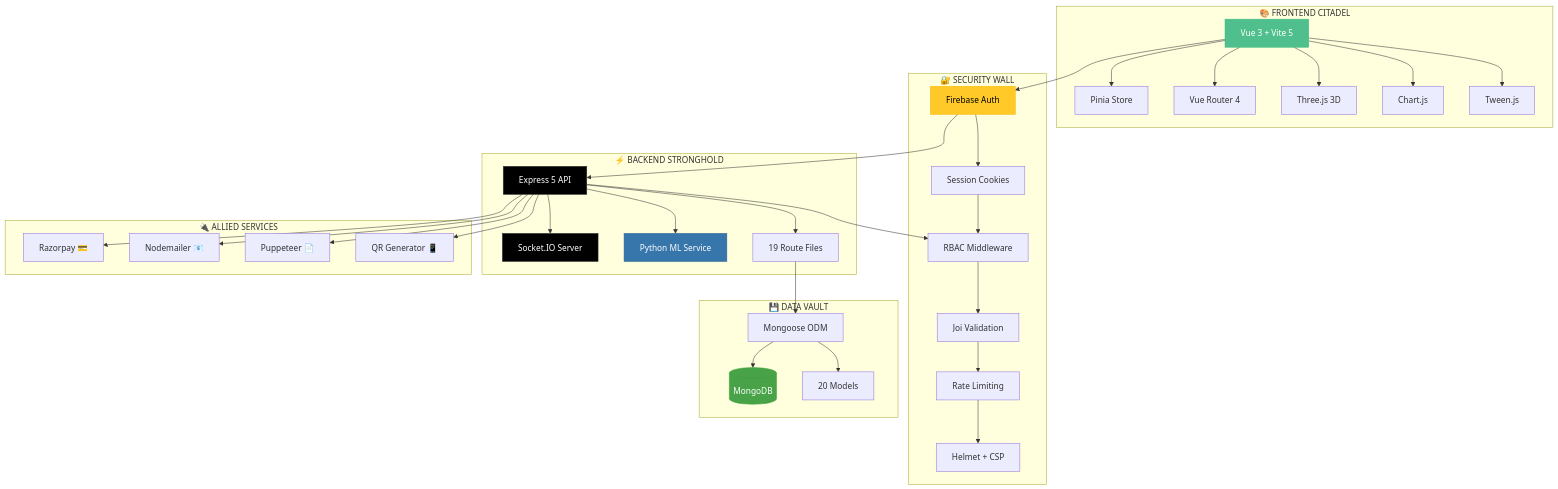
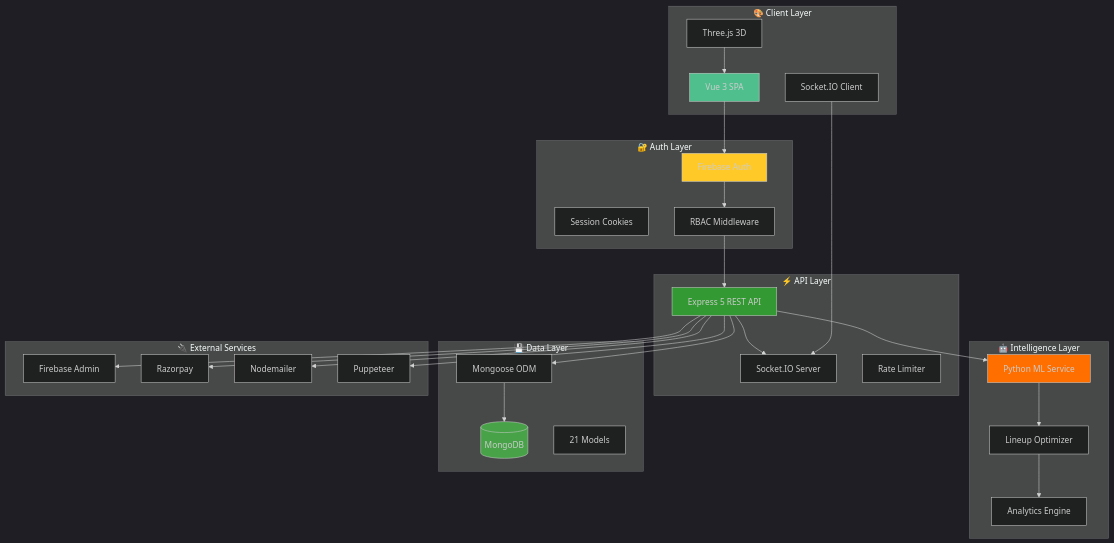
One commit to jamesvarghese7/Crickarena changed the second of 16 diagrams in README.md. Above: the diagram before and after it, drawn with Mermaid. The commit also changed other lines of this file, not shown here.

````diff
--- a/README.md
+++ b/README.md
@@ -1003,52 +355,62 @@
 ```mermaid
+%%{init: {'theme':'dark'}}%%
 graph TB
-    subgraph "🎨 FRONTEND CITADEL"
-        V[Vue 3 + Vite 5] --> P[Pinia Store]
-        V --> VR[Vue Router 4]
-        V --> TJ[Three.js 3D]
-        V --> CJ[Chart.js]
-        V --> TW[Tween.js]
+    subgraph "🎨 Client Layer"
+        A[Vue 3 SPA]
+        B[Three.js 3D]
+        C[Socket.IO Client]
     end
-
-    subgraph "🔐 SECURITY WALL"
-        FA[Firebase Auth] --> SC[Session Cookies]
-        SC --> RBAC[RBAC Middleware]
-        RBAC --> VAL[Joi Validation]
-        VAL --> RL[Rate Limiting]
-        RL --> HEL[Helmet + CSP]
+    
+    subgraph "🔐 Auth Layer"
+        D[Firebase Auth]
+        E[Session Cookies]
+        F[RBAC Middleware]
     end
-
-    subgraph "⚡ BACKEND STRONGHOLD"
-        EX[Express 5 API] --> SIO[Socket.IO Server]
-        EX --> ML[Python ML Service]
-        EX --> R19[19 Route Files]
+    
+    subgraph "⚡ API Layer"
+        G[Express 5 REST API]
+        H[Socket.IO Server]
+        I[Rate Limiter]
     end
-
-    subgraph "💾 DATA VAULT"
-        MG[Mongoose ODM] --> MDB[(MongoDB)]
-        MG --> M20[20 Models]
+    
+    subgraph "🤖 Intelligence Layer"
+        J[Python ML Service]
+        K[Lineup Optimizer]
+        L[Analytics Engine]
     end
-
-    subgraph "🔌 ALLIED SERVICES"
-        RP[Razorpay 💳]
-        NM[Nodemailer 📧]
-        PP[Puppeteer 📄]
-        QR[QR Generator 📱]
+    
+    subgraph "💾 Data Layer"
+        M[(MongoDB)]
+        N[Mongoose ODM]
+        O[21 Models]
     end
-
-    V --> FA
-    FA --> EX
-    EX --> RBAC
-    R19 --> MG
-    EX --> RP
-    EX --> NM
-    EX --> PP
-    EX --> QR
-
-    style V fill:#4FC08D,stroke:#42b883,color:#fff
-    style EX fill:#000000,stroke:#333,color:#fff
-    style MDB fill:#47A248,stroke:#3FA037,color:#fff
-    style FA fill:#FFCA28,stroke:#F5B800,color:#000
-    style SIO fill:#010101,stroke:#333,color:#fff
-    style ML fill:#3776AB,stroke:#2D6395,color:#fff
+    
+    subgraph "🔌 External Services"
+        P[Firebase Admin]
+        Q[Razorpay]
+        R[Nodemailer]
+        S[Puppeteer]
+    end
+    
+    A --> D
+    D --> F
+    F --> G
+    G --> N
+    N --> M
+    G --> H
+    G --> J
+    J --> K
+    K --> L
+    G --> P
+    G --> Q
+    G --> R
+    G --> S
+    C --> H
+    B --> A
+    
+    style A fill:#4FC08D
+    style G fill:#339933
+    style M fill:#47A248
+    style J fill:#FF6F00
+    style D fill:#FFCA28
 ```
````
